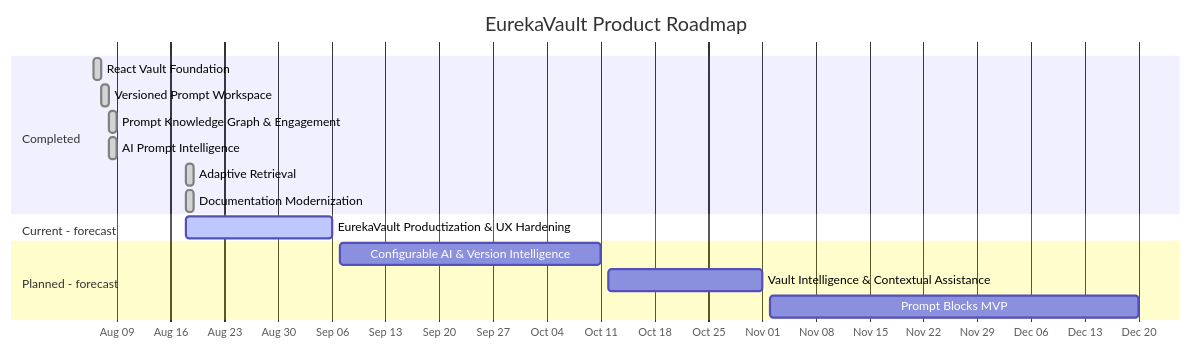
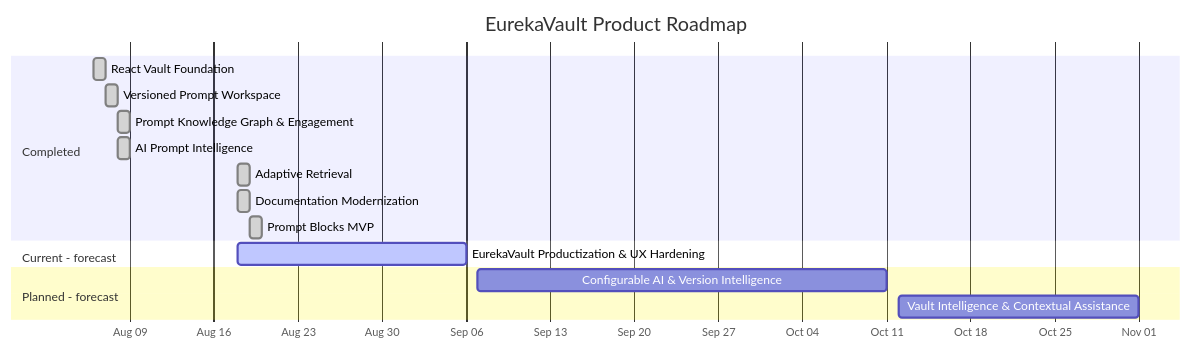
One commit to kirolossedra/Prompt-management changed the diagram in docs/roadmap/generated-gantt.md. Above: the diagram before and after it, drawn with Mermaid. The commit also changed other lines of this file and 50 other files, not shown here.

Commit message:
feat: add Prompt Blocks visual transformation pipelines

````diff
--- a/docs/roadmap/generated-gantt.md
+++ b/docs/roadmap/generated-gantt.md
@@ -7,22 +7,22 @@
 ```mermaid
 gantt
     title EurekaVault Product Roadmap
     dateFormat YYYY-MM-DD
     axisFormat %b %d
 
     section Completed
     React Vault Foundation                      :done, react-vault-foundation, 2026-08-06, 1d
     Versioned Prompt Workspace                  :done, versioned-prompt-workspace, 2026-08-07, 2026-08-08
     Prompt Knowledge Graph & Engagement         :done, prompt-knowledge-graph-engagement, 2026-08-08, 1d
     AI Prompt Intelligence                      :done, ai-prompt-intelligence, 2026-08-08, 1d
     Adaptive Retrieval                          :done, adaptive-retrieval, 2026-08-18, 1d
     Documentation Modernization                 :done, documentation-modernization, 2026-08-18, 1d
+    Prompt Blocks MVP                           :done, prompt-blocks-mvp, 2026-08-19, 1d
 
     section Current - forecast
     EurekaVault Productization & UX Hardening   :active, productization-ux-hardening, 2026-08-18, 2026-09-06
 
     section Planned - forecast
     Configurable AI & Version Intelligence      :configurable-ai-version-intelligence, 2026-09-07, 2026-10-11
     Vault Intelligence & Contextual Assistance  :vault-intelligence-contextual-assistance, 2026-10-12, 2026-11-01
-    Prompt Blocks MVP                           :prompt-blocks-mvp, 2026-11-02, 2026-12-20
 ```
````
